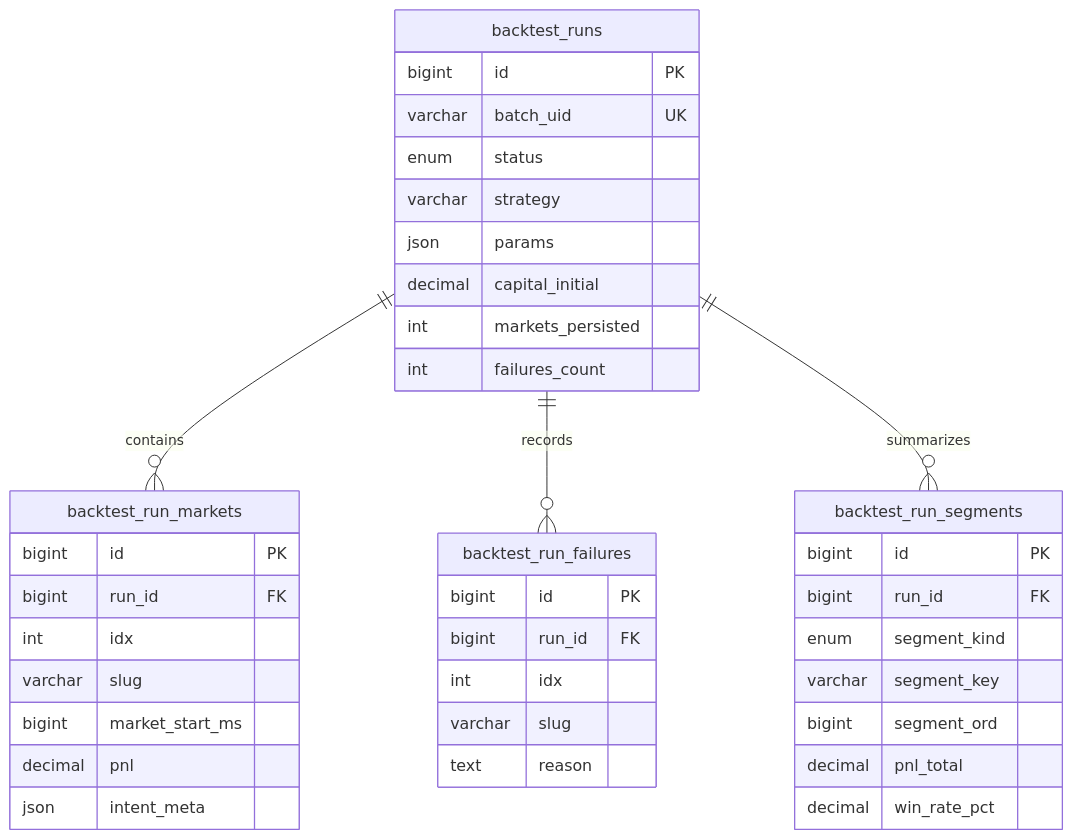
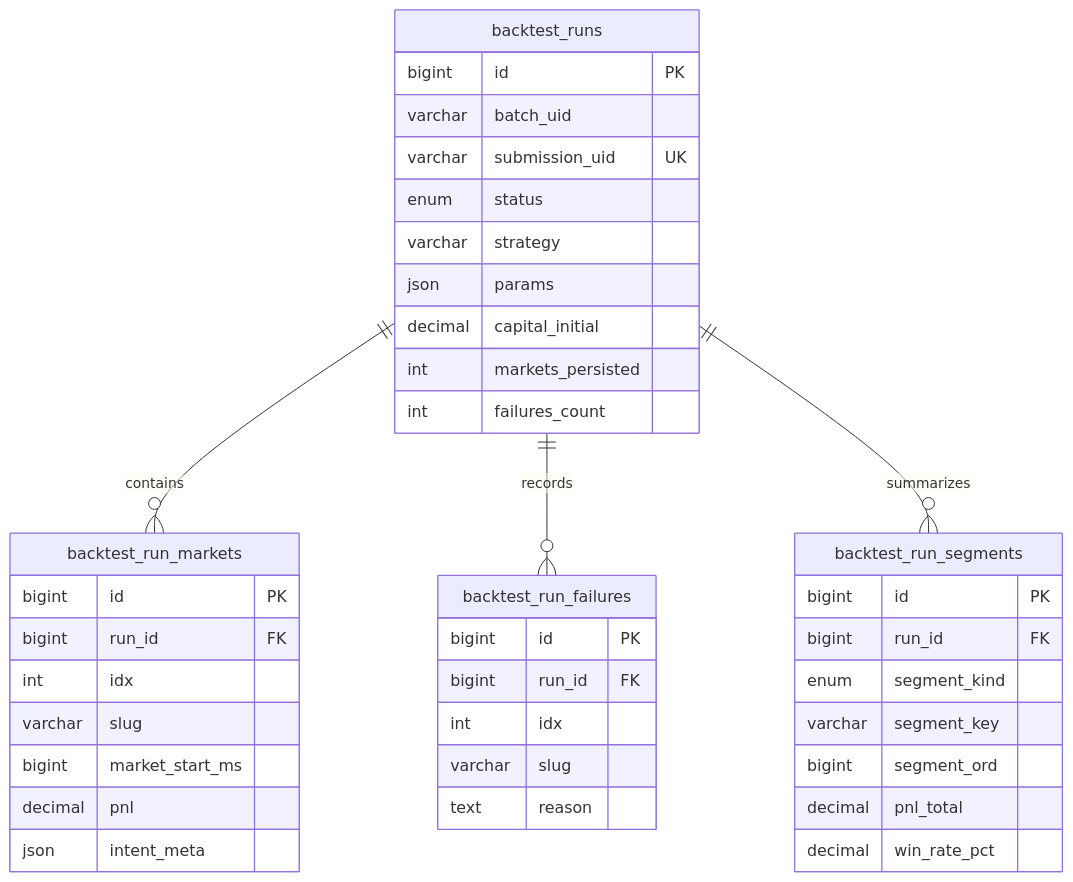
The diagram in docs/backtest/statistics/result-storage.md (ivanmijatovic89/polymarket-bot), drawn with Mermaid before and after one commit. The commit also changed other lines of this file and 22 other files, not shown here.

````diff
--- a/docs/backtest/statistics/result-storage.md
+++ b/docs/backtest/statistics/result-storage.md
@@ -20,45 +20,46 @@
 ```mermaid
 erDiagram
   backtest_runs ||--o{ backtest_run_markets : contains
   backtest_runs ||--o{ backtest_run_failures : records
   backtest_runs ||--o{ backtest_run_segments : summarizes
 
   backtest_runs {
     bigint id PK
-    varchar batch_uid UK
+    varchar batch_uid
+    varchar submission_uid UK
     enum status
     varchar strategy
     json params
     decimal capital_initial
     int markets_persisted
     int failures_count
   }
 
   backtest_run_markets {
     bigint id PK
     bigint run_id FK
     int idx
     varchar slug
     bigint market_start_ms
     decimal pnl
     json intent_meta
   }
 
   backtest_run_failures {
     bigint id PK
     bigint run_id FK
     int idx
     varchar slug
     text reason
   }
 
   backtest_run_segments {
     bigint id PK
     bigint run_id FK
     enum segment_kind
     varchar segment_key
     bigint segment_ord
     decimal pnl_total
     decimal win_rate_pct
   }
 ```
````
